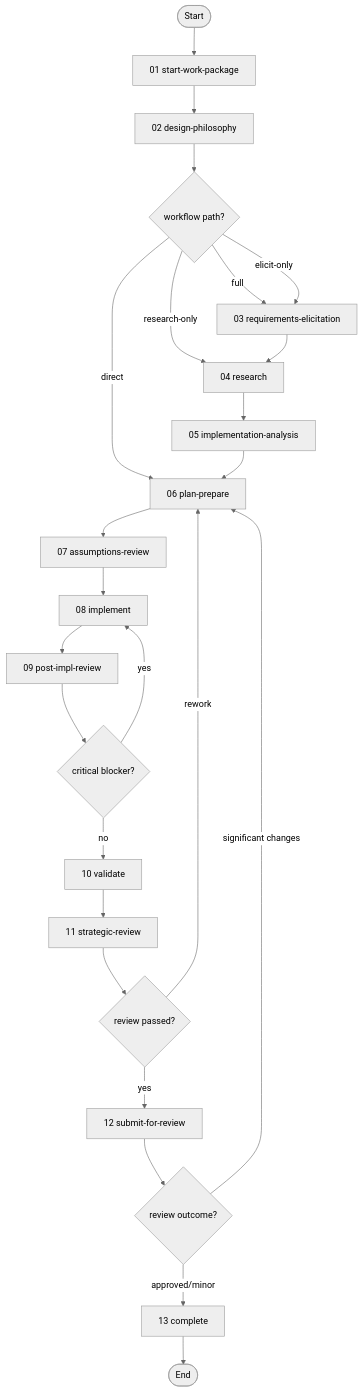
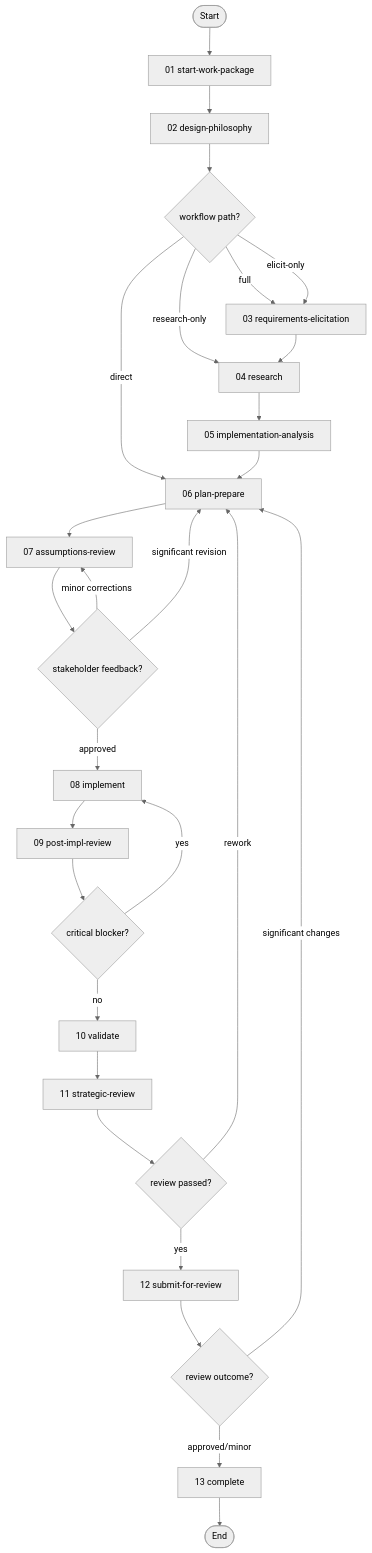
One commit to m2ux/workflow-server changed the first of 3 diagrams in work-package/README.md. Above: the diagram before and after it, drawn with Mermaid (neutral theme).

Commit message:
fix(work-package): add assumptions-review feedback loops to Workflow Flow diagram
The main Workflow Flow mermaid diagram was missing the feedback loops
from assumptions-review. Adds decision diamond with three paths:
approved → implement, minor corrections → self-loop, significant
revision → plan-prepare.

````diff
--- a/work-package/README.md
+++ b/work-package/README.md
@@ -37,34 +37,37 @@
 ```mermaid
 graph TD
     startNode(["Start"]) --> SWP["01 start-work-package"]
     SWP --> DP["02 design-philosophy"]
 
     DP --> PATH{"workflow path?"}
     PATH -->|"full"| REL["03 requirements-elicitation"]
     PATH -->|"elicit-only"| REL
     PATH -->|"research-only"| RS
     PATH -->|"direct"| PP
 
     REL --> RS["04 research"]
     RS --> IA["05 implementation-analysis"]
     IA --> PP["06 plan-prepare"]
 
     PP --> AR["07 assumptions-review"]
-    AR --> IMP["08 implement"]
+    AR --> ARD{"stakeholder feedback?"}
+    ARD -->|"approved"| IMP["08 implement"]
+    ARD -->|"minor corrections"| AR
+    ARD -->|"significant revision"| PP
     IMP --> PIR["09 post-impl-review"]
     PIR --> BLK{"critical blocker?"}
     BLK -->|"yes"| IMP
     BLK -->|"no"| VAL["10 validate"]
 
     VAL --> SR["11 strategic-review"]
 
     SR --> SRD{"review passed?"}
     SRD -->|"yes"| SFR["12 submit-for-review"]
     SRD -->|"rework"| PP
 
     SFR --> RVD{"review outcome?"}
     RVD -->|"approved/minor"| COMP["13 complete"]
     RVD -->|"significant changes"| PP
 
     COMP --> doneNode(["End"])
 ```
````
